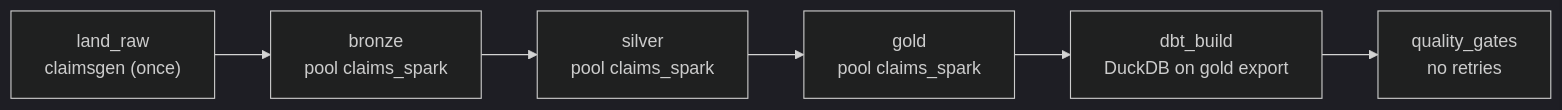
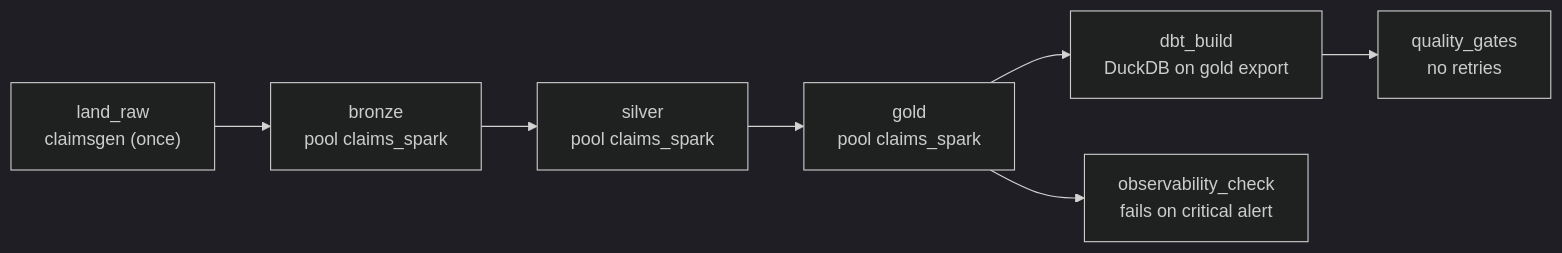
One commit to nikshepkulli/claims-lakehouse changed the diagram in docs/orchestration.md. Above: the diagram before and after it, drawn with Mermaid (dark theme). The commit also changed other lines of this file and 7 other files, not shown here.

Commit message:
feat(orchestration): run Airflow layer tasks under the observability ledger and add an alert check task (#23) (#99)

````diff
--- a/docs/orchestration.md
+++ b/docs/orchestration.md
@@ -15,8 +15,9 @@
 ```mermaid
 flowchart LR
     land_raw["land_raw<br/>claimsgen (once)"] --> bronze["bronze<br/>pool claims_spark"]
     bronze --> silver["silver<br/>pool claims_spark"]
     silver --> gold["gold<br/>pool claims_spark"]
     gold --> dbt_build["dbt_build<br/>DuckDB on gold export"]
     dbt_build --> quality_gates["quality_gates<br/>no retries"]
+    gold --> obs["observability_check<br/>fails on critical alert"]
 ```
````
